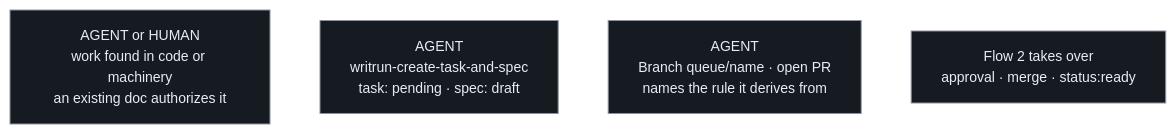
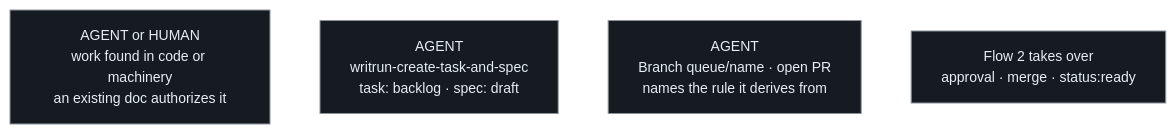
The second of 2 diagrams in docs/product/tasks-and-specs/authoring.md (thomasfranke/writrun), drawn with Mermaid before and after one commit. The commit also changed other lines of this file and 20 other files, not shown here.

````diff
--- a/docs/product/tasks-and-specs/authoring.md
+++ b/docs/product/tasks-and-specs/authoring.md
@@ -107,9 +107,9 @@
 ```mermaid
 %%{init: {'theme':'base','themeVariables':{'background':'#0d1117','primaryColor':'#161b22','primaryTextColor':'#e6edf3','primaryBorderColor':'#8b949e','lineColor':'#ffffff','secondaryColor':'#161b22','tertiaryColor':'#161b22','fontSize':'14px'}}}%%
 flowchart LR
     A["AGENT or HUMAN<br/>work found in code or machinery<br/>an existing doc authorizes it"]
-    B["AGENT<br/>writrun-create-task-and-spec<br/>task: pending · spec: draft"]
+    B["AGENT<br/>writrun-create-task-and-spec<br/>task: backlog · spec: draft"]
     C["AGENT<br/>Branch queue/name · open PR<br/>names the rule it derives from"]
     D["Flow 2 takes over<br/>approval · merge · status:ready"]
     A --> B --> C --> D
 ```
````
